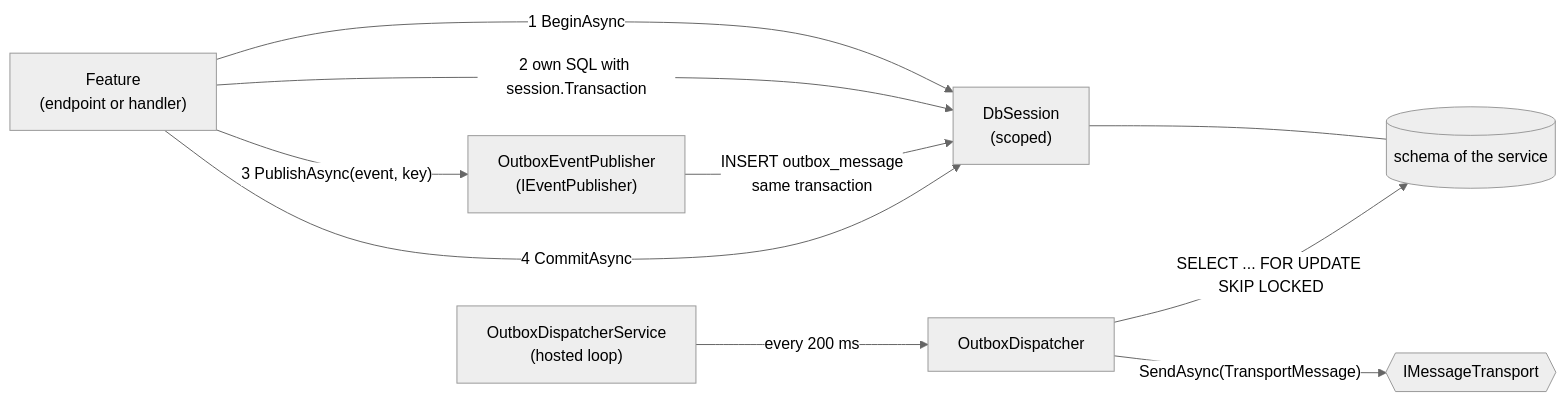
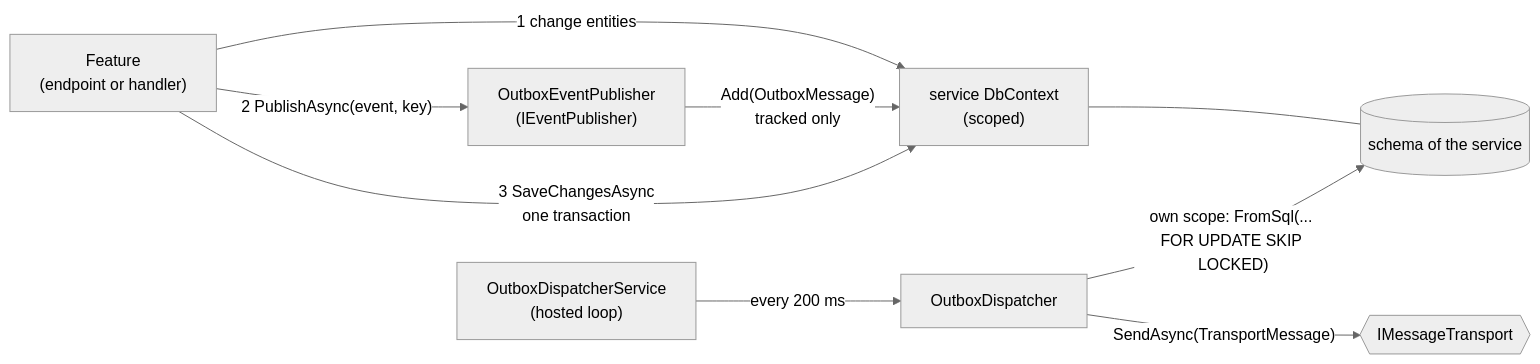
The fourth of 6 diagrams in docs/learning/stage-1/slice-1.2.md (majid-sharif-soleimani/banking_demo), drawn with Mermaid (neutral theme) before and after one commit. The commit also changed other lines of this file and 62 other files, not shown here.

````diff
--- a/docs/learning/stage-1/slice-1.2.md
+++ b/docs/learning/stage-1/slice-1.2.md
@@ -207,12 +183,11 @@
 ```mermaid
 flowchart LR
-    F["Feature<br/>(endpoint or handler)"] -->|"1 BeginAsync"| DS["DbSession<br/>(scoped)"]
-    F -->|"2 own SQL with session.Transaction"| DS
-    F -->|"3 PublishAsync(event, key)"| P["OutboxEventPublisher<br/>(IEventPublisher)"]
-    P -->|"INSERT outbox_message<br/>same transaction"| DS
-    F -->|"4 CommitAsync"| DS
-    DS --- DB[("schema of the service")]
+    F["Feature<br/>(endpoint or handler)"] -->|"1 change entities"| CTX["service DbContext<br/>(scoped)"]
+    F -->|"2 PublishAsync(event, key)"| P["OutboxEventPublisher<br/>(IEventPublisher)"]
+    P -->|"Add(OutboxMessage)<br/>tracked only"| CTX
+    F -->|"3 SaveChangesAsync<br/>one transaction"| CTX
+    CTX --- DB[("schema of the service")]
     SVC["OutboxDispatcherService<br/>(hosted loop)"] -->|"every 200 ms"| D["OutboxDispatcher"]
-    D -->|"SELECT ... FOR UPDATE SKIP LOCKED"| DB
+    D -->|"own scope: FromSql(... FOR UPDATE SKIP LOCKED)"| DB
     D -->|"SendAsync(TransportMessage)"| TR{{"IMessageTransport"}}
 ```
````
